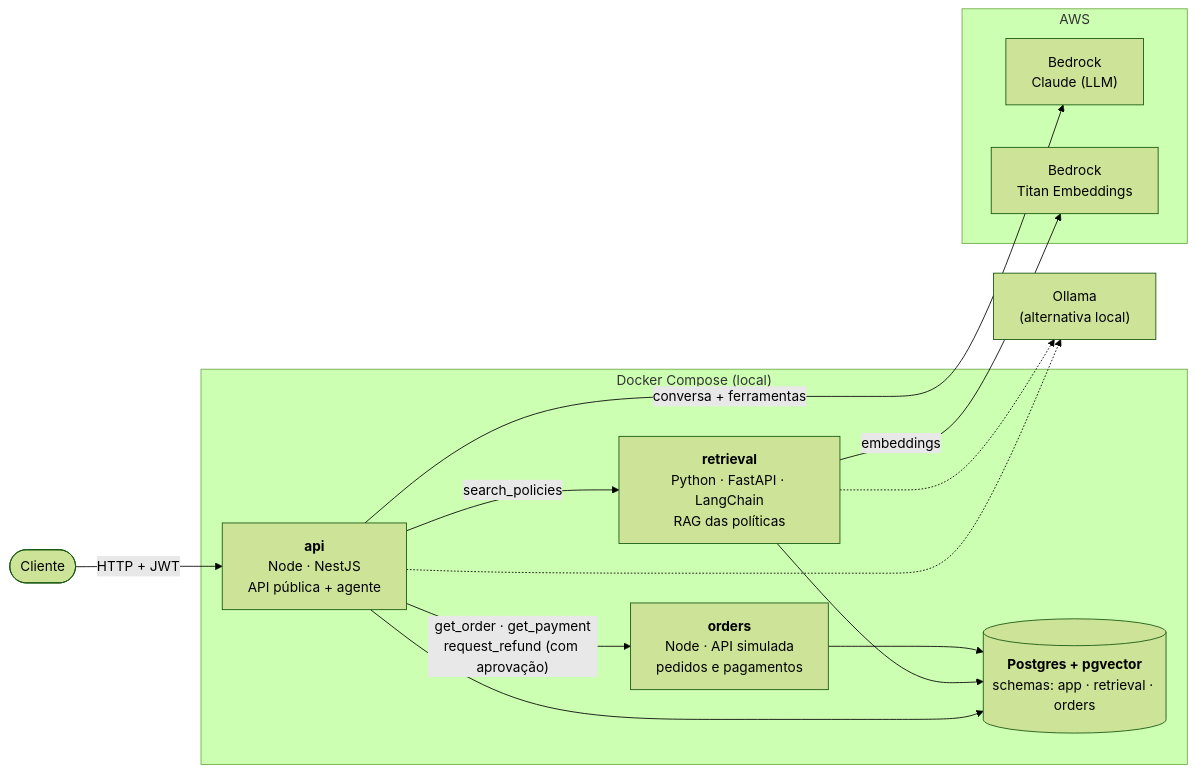
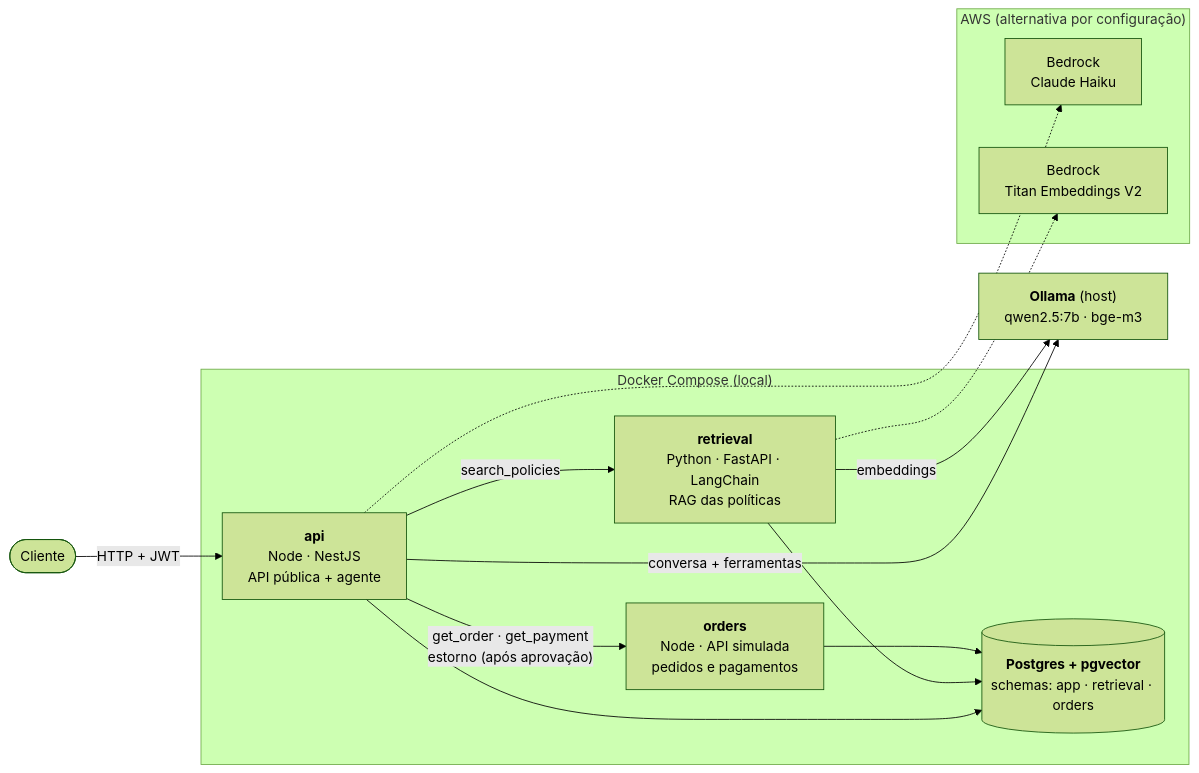
One commit to cvaldrighi/post-sale-agent changed the diagram in README.md. Above: the diagram before and after it, drawn with Mermaid (forest theme). The commit also changed other lines of this file and 2 other files, not shown here.

````diff
--- a/README.md
+++ b/README.md
@@ -17,29 +44,29 @@
 ```mermaid
 flowchart LR
     client([Cliente]) -- "HTTP + JWT" --> api
 
     subgraph compose["Docker Compose (local)"]
         api["<b>api</b><br/>Node · NestJS<br/>API pública + agente"]
         retrieval["<b>retrieval</b><br/>Python · FastAPI · LangChain<br/>RAG das políticas"]
         orders["<b>orders</b><br/>Node · API simulada<br/>pedidos e pagamentos"]
         db[("<b>Postgres + pgvector</b><br/>schemas: app · retrieval · orders")]
 
         api -- "search_policies" --> retrieval
-        api -- "get_order · get_payment<br/>request_refund (com aprovação)" --> orders
+        api -- "get_order · get_payment<br/>estorno (após aprovação)" --> orders
         api --> db
         retrieval --> db
         orders --> db
     end
 
-    subgraph aws["AWS"]
-        llm["Bedrock<br/>Claude (LLM)"]
-        emb["Bedrock<br/>Titan Embeddings"]
+    ollama["<b>Ollama</b> (host)<br/>qwen2.5:7b · bge-m3"]
+
+    subgraph aws["AWS (alternativa por configuração)"]
+        llm["Bedrock<br/>Claude Haiku"]
+        emb["Bedrock<br/>Titan Embeddings V2"]
     end
 
-    ollama["Ollama<br/>(alternativa local)"]
-
-    api -- "conversa + ferramentas" --> llm
-    retrieval -- "embeddings" --> emb
-    api -.-> ollama
-    retrieval -.-> ollama
+    api -- "conversa + ferramentas" --> ollama
+    retrieval -- "embeddings" --> ollama
+    api -.-> llm
+    retrieval -.-> emb
 ```
````
